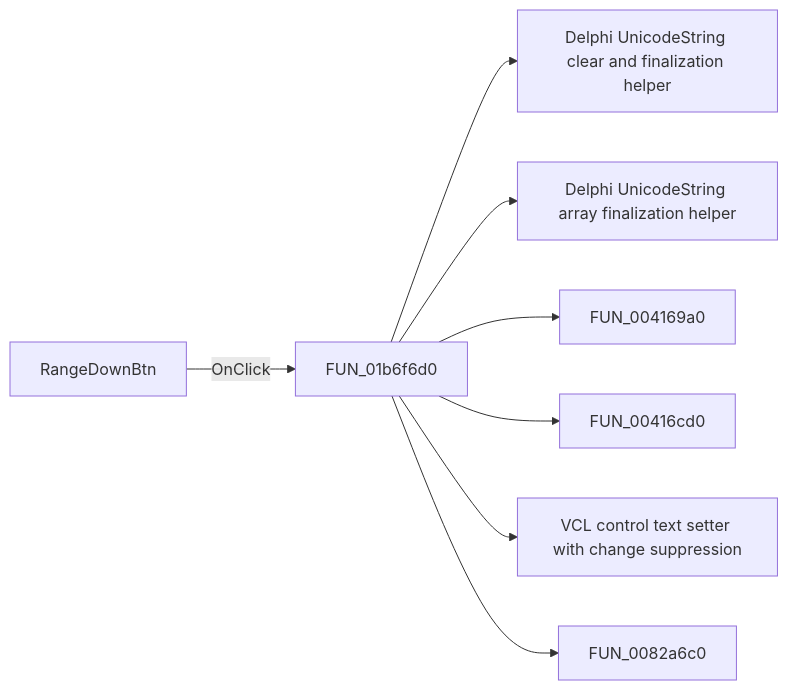
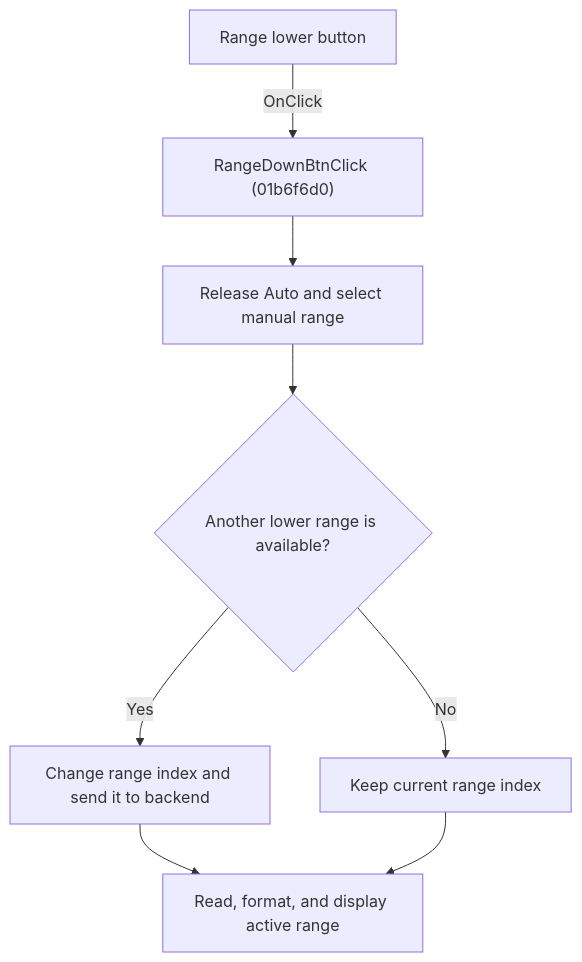
Before and after one commit to MovGP0/TIARA: the diagram in docs/ui-controls/voltmeterwin/rangedownbtn-65b7eec240.md, drawn with Mermaid. The commit also changed other lines of this file and 1062 other files, not shown here.

````diff
--- a/docs/ui-controls/voltmeterwin/rangedownbtn-65b7eec240.md
+++ b/docs/ui-controls/voltmeterwin/rangedownbtn-65b7eec240.md
@@ -27,10 +27,10 @@
 ```mermaid
-flowchart LR
-    control["RangeDownBtn"] -->|OnClick| handler["FUN_01b6f6d0"]
-    handler --> call1["Delphi UnicodeString clear and finalization helper"]
-    handler --> call2["Delphi UnicodeString array finalization helper"]
-    handler --> call3["FUN_004169a0"]
-    handler --> call4["FUN_00416cd0"]
-    handler --> call5["VCL control text setter with change suppression"]
-    handler --> call6["FUN_0082a6c0"]
+flowchart TD
+    control["Range lower button"] -->|"OnClick"| handler["RangeDownBtnClick (01b6f6d0)"]
+    handler --> manual["Release Auto and select manual range"]
+    manual --> bound{"Another lower range is available?"}
+    bound -->|"Yes"| change["Change range index and send it to backend"]
+    bound -->|"No"| keep["Keep current range index"]
+    change --> display["Read, format, and display active range"]
+    keep --> display
 ```
````
